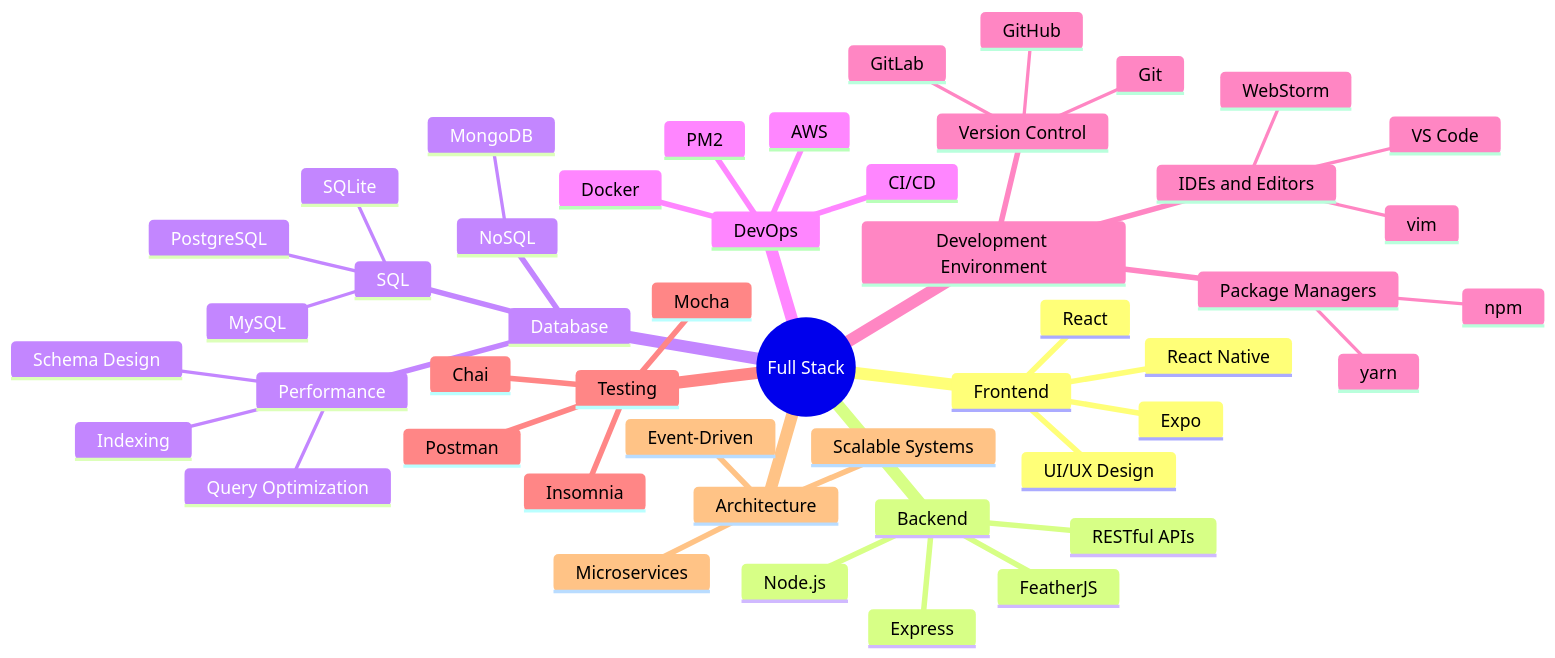
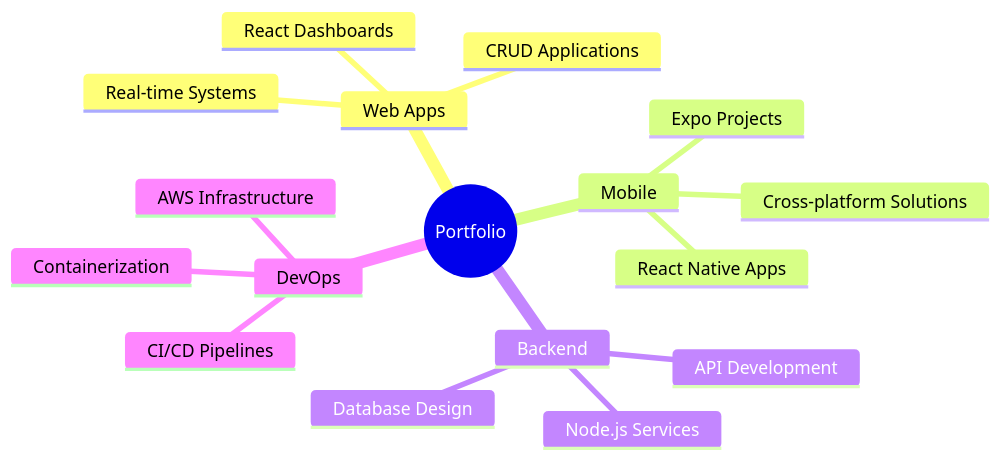
The diagram in README.md (esadkrs/esadkrs), drawn with Mermaid before and after one commit. The commit also changed other lines of this file, not shown here.

````diff
--- a/README.md
+++ b/README.md
@@ -43,51 +42,20 @@
 ```mermaid
 mindmap
-  root((Full Stack))
-    Frontend
-      React
-      React Native
-      Expo
-      UI/UX Design
+  root((Portfolio))
+    Web Apps
+      React Dashboards
+      CRUD Applications
+      Real-time Systems
+    Mobile
+      React Native Apps
+      Expo Projects
+      Cross-platform Solutions
     Backend
-      Node.js
-      Express
-      FeatherJS
-      RESTful APIs
-    Database
-      SQL
-        PostgreSQL
-        MySQL
-        SQLite
-      NoSQL
-        MongoDB
-      Performance
-        Query Optimization
-        Schema Design
-        Indexing
+      Node.js Services
+      API Development
+      Database Design
     DevOps
-      AWS
-      Docker
-      PM2
-      CI/CD
-    Development Environment
-      Version Control
-        Git
-        GitHub
-        GitLab
-      IDEs and Editors
-        VS Code
-        WebStorm
-        vim
-      Package Managers
-        npm
-        yarn
-    Testing
-      Mocha
-      Chai
-      Postman
-      Insomnia
-    Architecture
-      Event-Driven
-      Microservices
-      Scalable Systems
+      AWS Infrastructure
+      CI/CD Pipelines
+      Containerization
 ```
````
